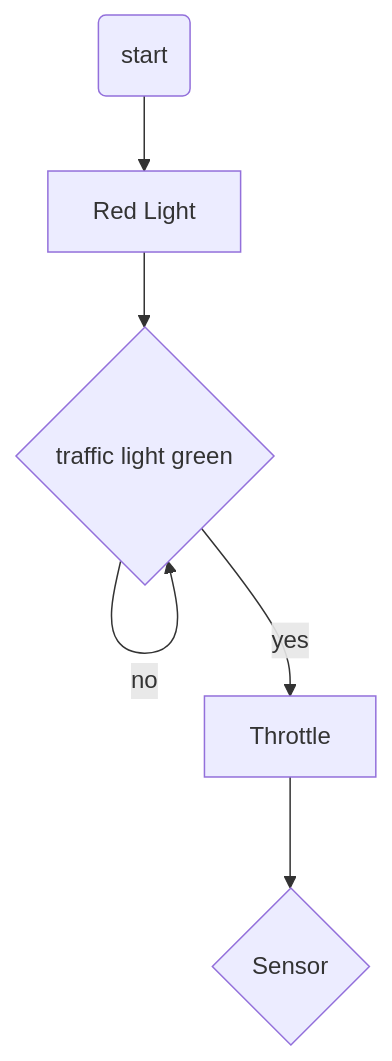
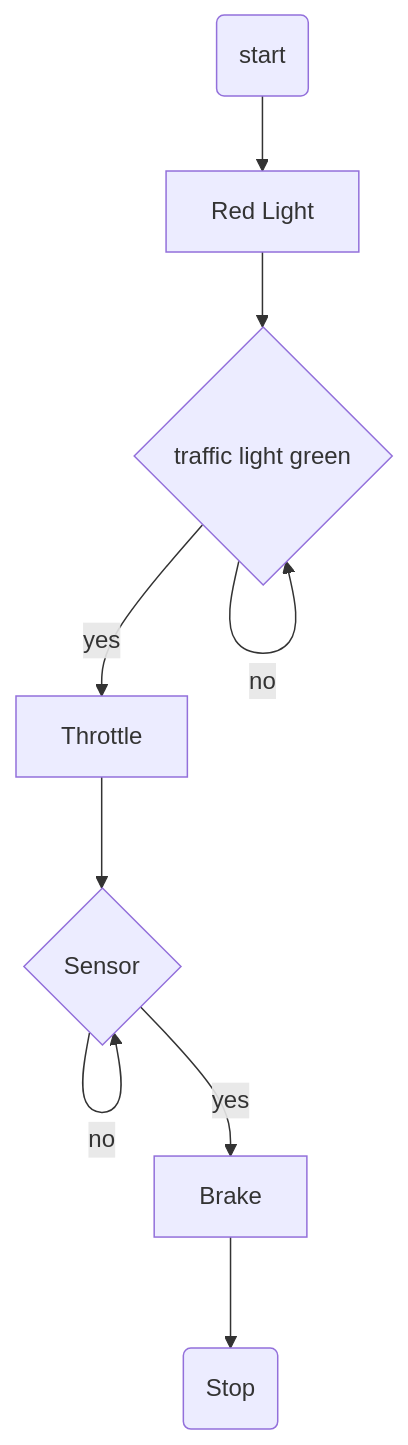
The diagram in logic2.md (ConnorMCHARRY/SmartDevice), drawn with Mermaid before and after one commit.

````diff
--- a/logic2.md
+++ b/logic2.md
@@ -3,10 +3,12 @@
 ```mermaid
 flowchart TD
 start(start) -->
 processA[Red Light] -->
 decisionA{traffic light green}
 decisionA -- no --> decisionA
 decisionA -- yes --> inputA[Throttle]
 inputA --> decisionB{Sensor}
-
+decisionB -- no --> decisionB
+decisionB -- yes --> inputB[Brake]
+inputB --> processB(Stop)
 ```
````
